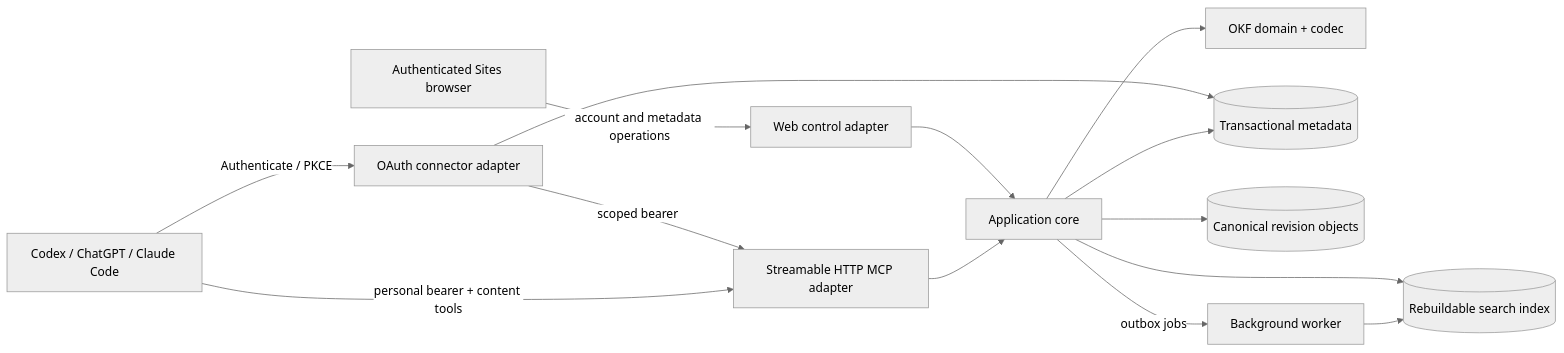
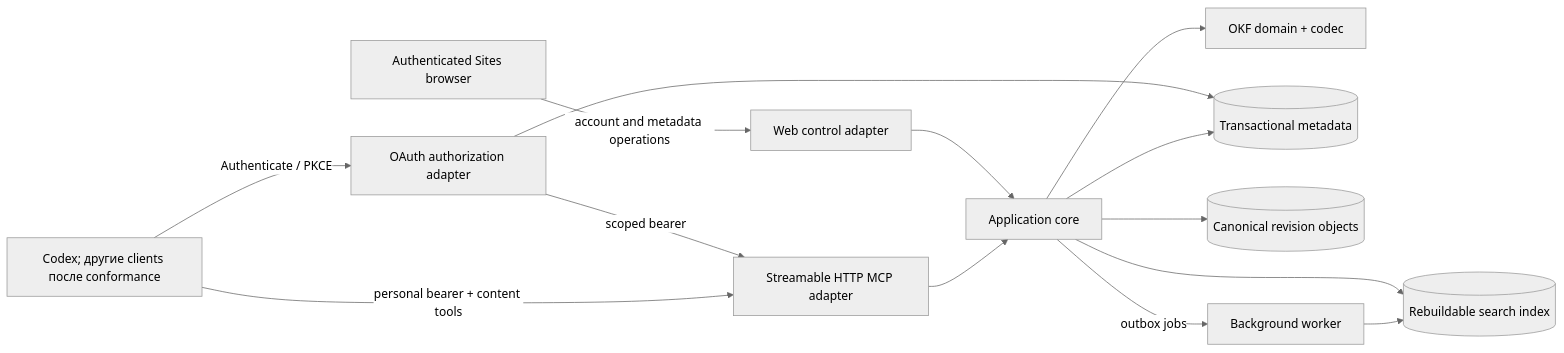
Before and after one commit to xxsrez/MindDiary: the first of 2 diagrams in docs/architecture.md, drawn with Mermaid (neutral theme). The commit also changed other lines of this file and 8 other files, not shown here.

````diff
--- a/docs/architecture.md
+++ b/docs/architecture.md
@@ -32,28 +33,28 @@
 ```mermaid
 flowchart LR
     Browser["Authenticated Sites browser"]
-    Agent["Codex / ChatGPT / Claude Code"]
-    OAuth["OAuth connector adapter"]
+    Agent["Codex; другие clients после conformance"]
+    OAuth["OAuth authorization adapter"]
     Web["Web control adapter"]
     MCP["Streamable HTTP MCP adapter"]
     Core["Application core"]
     Codec["OKF domain + codec"]
     Meta[("Transactional metadata")]
     Canon[("Canonical revision objects")]
     Index[("Rebuildable search index")]
     Worker["Background worker"]
 
     Browser -->|"account and metadata operations"| Web
     Agent -->|"Authenticate / PKCE"| OAuth
     OAuth -->|"scoped bearer"| MCP
     Agent -->|"personal bearer + content tools"| MCP
     OAuth --> Meta
     Web --> Core
     MCP --> Core
     Core --> Codec
     Core --> Meta
     Core --> Canon
     Core --> Index
     Core -->|"outbox jobs"| Worker
     Worker --> Index
 ```
````
